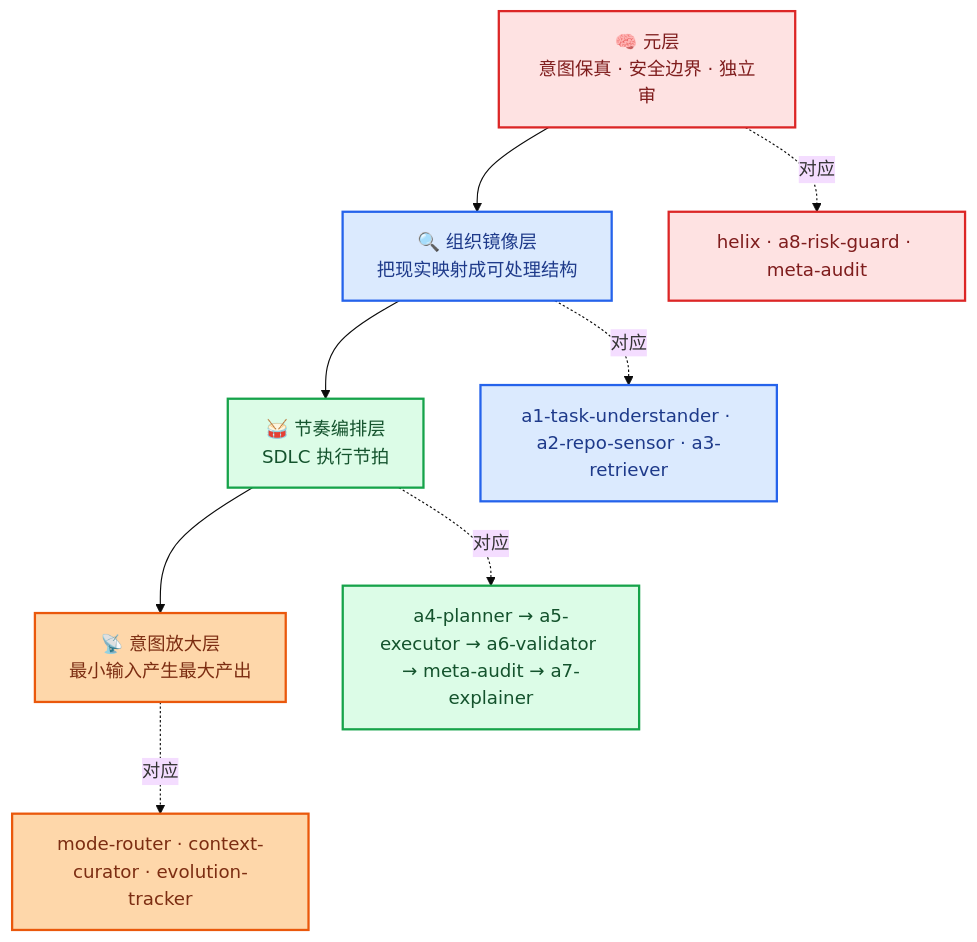
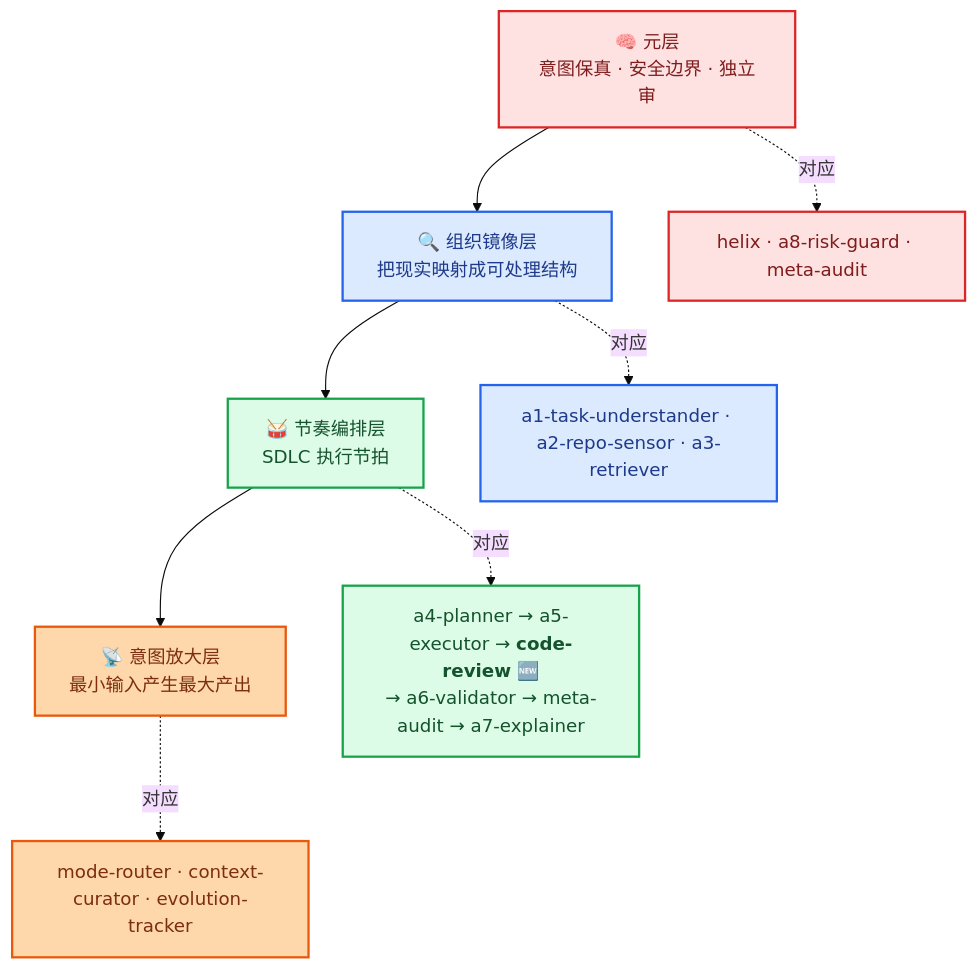
One commit to Alex-nx-netizen/Alex-harness changed the first of 6 diagrams in README.md. Above: the diagram before and after it, drawn with Mermaid (base theme). The commit also changed other lines of this file and 7 other files, not shown here.

First line of the commit message:
feat(v0.7.2): code-review quality phase — 5-dim scoring with soft-fail semantics

````diff
--- a/README.md
+++ b/README.md
@@ -42,21 +44,21 @@
 ```mermaid
 flowchart TD
     classDef meta fill:#fee2e2,stroke:#dc2626,stroke-width:2px,color:#7f1d1d
     classDef mirror fill:#dbeafe,stroke:#2563eb,stroke-width:2px,color:#1e3a8a
     classDef rhythm fill:#dcfce7,stroke:#16a34a,stroke-width:2px,color:#14532d
     classDef amp fill:#fed7aa,stroke:#ea580c,stroke-width:2px,color:#7c2d12
 
     META["🧠 元层<br/>意图保真 · 安全边界 · 独立审"]:::meta
     MIRROR["🔍 组织镜像层<br/>把现实映射成可处理结构"]:::mirror
     RHYTHM["🥁 节奏编排层<br/>SDLC 执行节拍"]:::rhythm
     AMP["📡 意图放大层<br/>最小输入产生最大产出"]:::amp
 
     META --> MIRROR
     MIRROR --> RHYTHM
     RHYTHM --> AMP
 
     META -.对应.-> M1["helix · a8-risk-guard · meta-audit"]:::meta
     MIRROR -.对应.-> M2["a1-task-understander · a2-repo-sensor · a3-retriever"]:::mirror
-    RHYTHM -.对应.-> M3["a4-planner → a5-executor → a6-validator → meta-audit → a7-explainer"]:::rhythm
+    RHYTHM -.对应.-> M3["a4-planner → a5-executor → <b>code-review</b> 🆕<br/>→ a6-validator → meta-audit → a7-explainer"]:::rhythm
     AMP -.对应.-> M4["mode-router · context-curator · evolution-tracker"]:::amp
 ```
````
